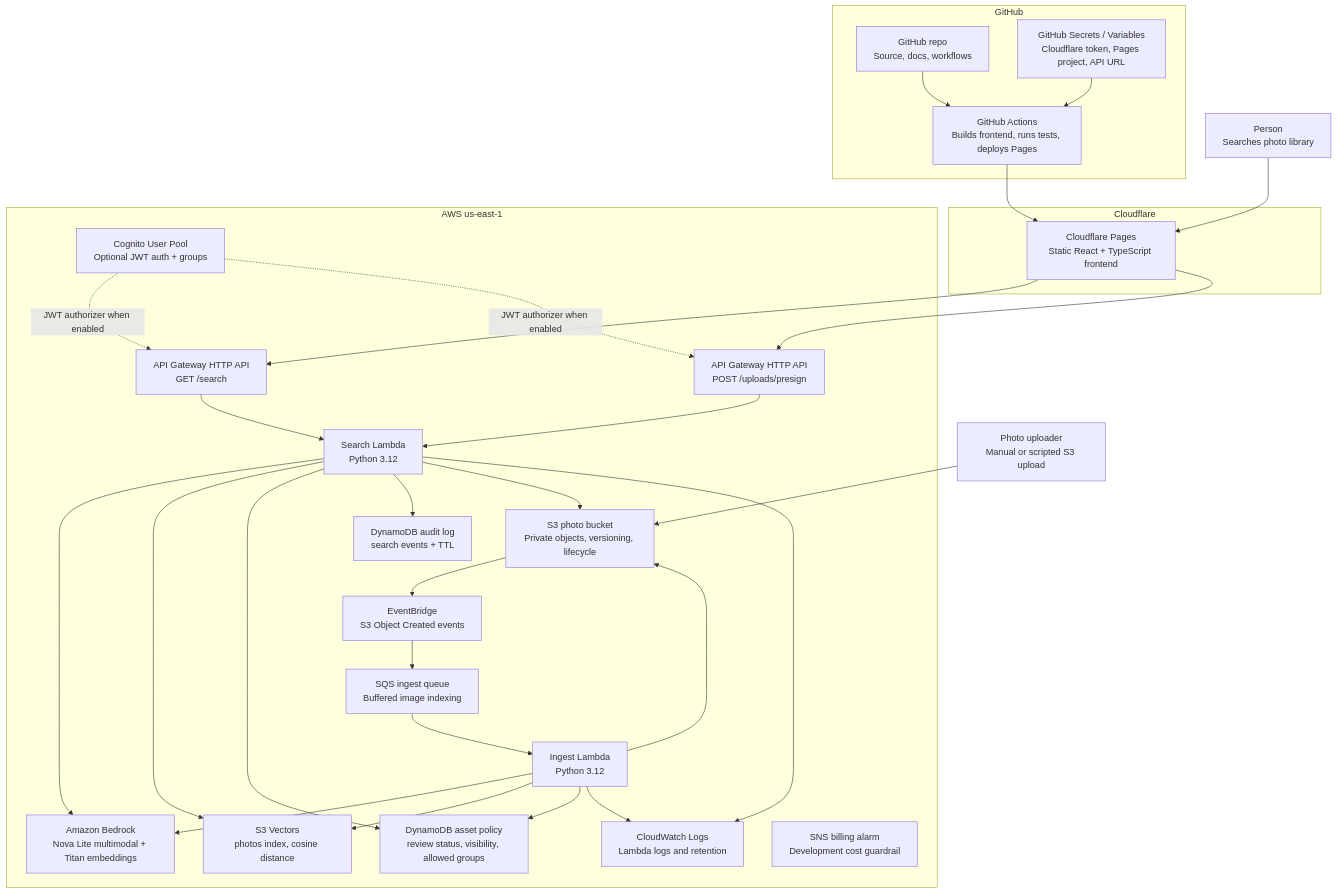
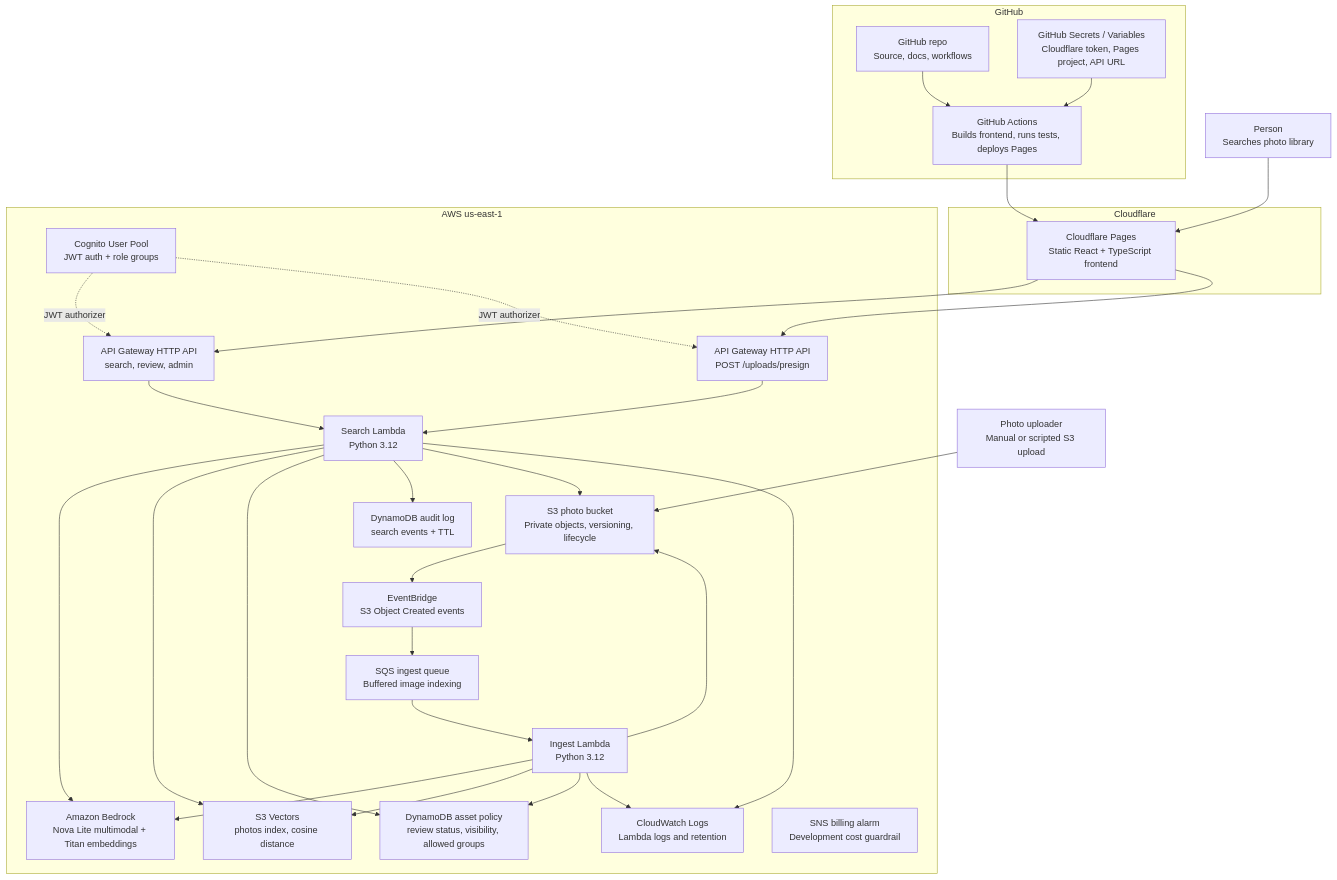
One commit to manynames3/photoscribe-ai changed the diagram in docs/architecture.md. Above: the diagram before and after it, drawn with Mermaid. The commit also changed other lines of this file and 22 other files, not shown here.

Commit message:
feat: add Cognito review workflow

````diff
--- a/docs/architecture.md
+++ b/docs/architecture.md
@@ -7,60 +7,60 @@
 ```mermaid
 flowchart TB
     person["Person<br/>Searches photo library"]
     uploader["Photo uploader<br/>Manual or scripted S3 upload"]
 
     subgraph cloudflare["Cloudflare"]
         pages["Cloudflare Pages<br/>Static React + TypeScript frontend"]
     end
 
     subgraph github["GitHub"]
         repo["GitHub repo<br/>Source, docs, workflows"]
         actions["GitHub Actions<br/>Builds frontend, runs tests, deploys Pages"]
         secrets["GitHub Secrets / Variables<br/>Cloudflare token, Pages project, API URL"]
     end
 
     subgraph aws["AWS us-east-1"]
-        cognito["Cognito User Pool<br/>Optional JWT auth + groups"]
-        api["API Gateway HTTP API<br/>GET /search"]
+        cognito["Cognito User Pool<br/>JWT auth + role groups"]
+        api["API Gateway HTTP API<br/>search, review, admin"]
         upload_api["API Gateway HTTP API<br/>POST /uploads/presign"]
         search["Search Lambda<br/>Python 3.12"]
         ingest["Ingest Lambda<br/>Python 3.12"]
         photos["S3 photo bucket<br/>Private objects, versioning, lifecycle"]
         events["EventBridge<br/>S3 Object Created events"]
         ingest_queue["SQS ingest queue<br/>Buffered image indexing"]
         vectors["S3 Vectors<br/>photos index, cosine distance"]
         policy["DynamoDB asset policy<br/>review status, visibility, allowed groups"]
         audit["DynamoDB audit log<br/>search events + TTL"]
         bedrock["Amazon Bedrock<br/>Nova Lite multimodal + Titan embeddings"]
         logs["CloudWatch Logs<br/>Lambda logs and retention"]
         alarm["SNS billing alarm<br/>Development cost guardrail"]
     end
 
     person --> pages
     pages --> api
     pages --> upload_api
-    cognito -. "JWT authorizer when enabled" .-> api
-    cognito -. "JWT authorizer when enabled" .-> upload_api
+    cognito -. "JWT authorizer" .-> api
+    cognito -. "JWT authorizer" .-> upload_api
     api --> search
     upload_api --> search
     search --> bedrock
     search --> vectors
     search --> policy
     search --> audit
     search --> photos
     search --> logs
 
     uploader --> photos
     photos --> events
     events --> ingest_queue
     ingest_queue --> ingest
     ingest --> photos
     ingest --> bedrock
     ingest --> vectors
     ingest --> policy
     ingest --> logs
 
     repo --> actions
     secrets --> actions
     actions --> pages
 ```
````
